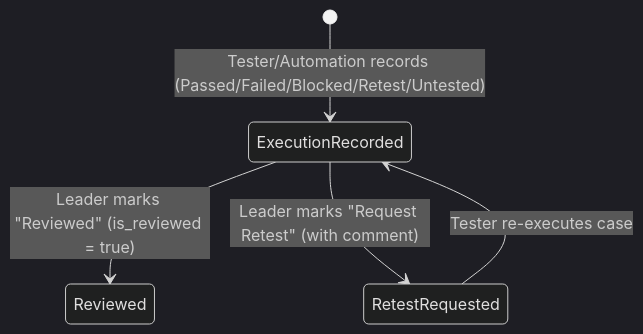
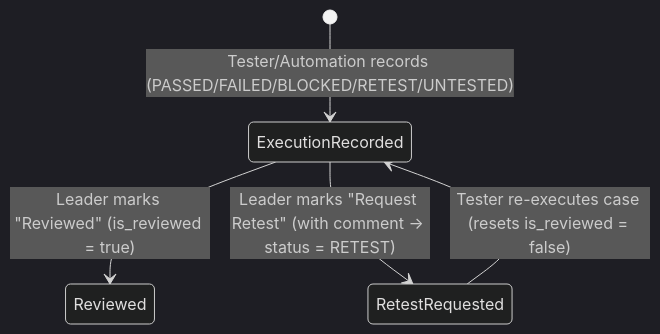
Before and after one commit to HuyMU/TestHub: the second of 3 diagrams in AI_CONTEXT.md, drawn with Mermaid (dark theme). The commit also changed other lines of this file and 22 other files, not shown here.

Commit message:
Slice 7: Test Execution & Leader Review

````diff
--- a/AI_CONTEXT.md
+++ b/AI_CONTEXT.md
@@ -33,7 +33,7 @@
 ```mermaid
 stateDiagram-v2
-    [*] --> ExecutionRecorded: Tester/Automation records (Passed/Failed/Blocked/Retest/Untested)
+    [*] --> ExecutionRecorded: Tester/Automation records (PASSED/FAILED/BLOCKED/RETEST/UNTESTED)
     ExecutionRecorded --> Reviewed: Leader marks "Reviewed" (is_reviewed = true)
-    ExecutionRecorded --> RetestRequested: Leader marks "Request Retest" (with comment)
-    RetestRequested --> ExecutionRecorded: Tester re-executes case
+    ExecutionRecorded --> RetestRequested: Leader marks "Request Retest" (with comment -> status = RETEST)
+    RetestRequested --> ExecutionRecorded: Tester re-executes case (resets is_reviewed = false)
 ```
````
